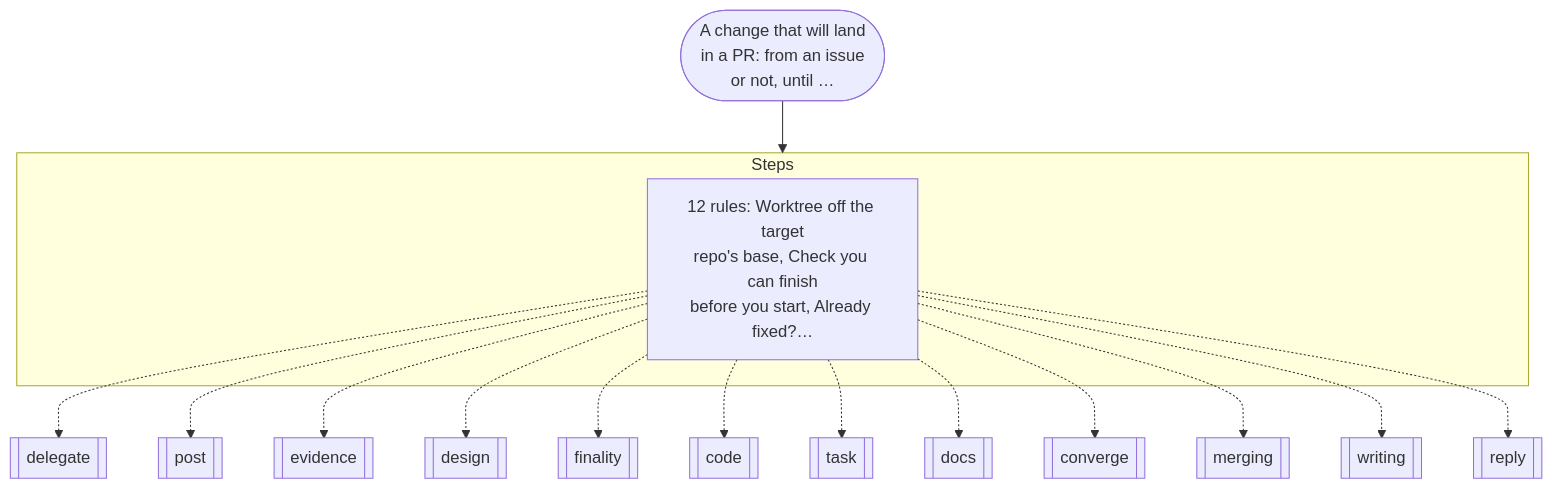
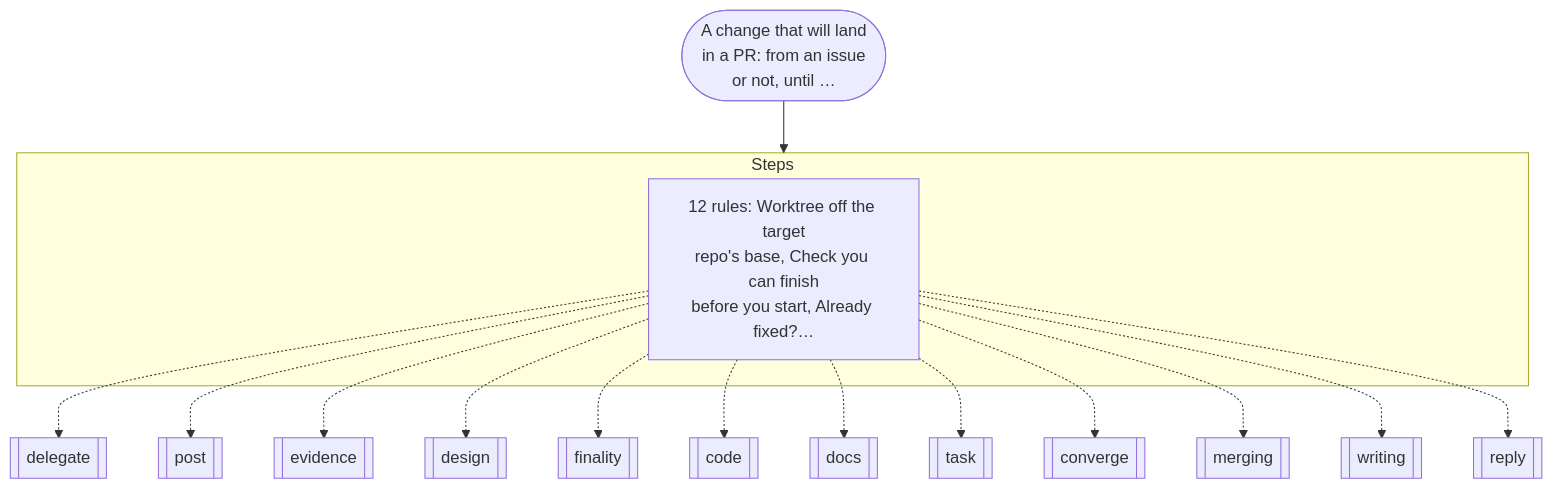
Before and after one commit to nitedani/mergeworthy: the second of 19 diagrams in docs/graphs.md, drawn with Mermaid. The commit also changed other lines of this file and 23 other files, not shown here.

````diff
--- a/docs/graphs.md
+++ b/docs/graphs.md
@@ -53,20 +53,20 @@
 ```mermaid
 flowchart TB
   start(["A change that will land<br/>in a PR: from an issue<br/>or not, until …"])
   subgraph g0["Steps"]
     s0["12 rules: Worktree off the target<br/>repo's base, Check you can finish<br/>before you start, Already fixed?…"]
   end
   s0 -.-> r1[["delegate"]]
   s0 -.-> r2[["post"]]
   s0 -.-> r3[["evidence"]]
   s0 -.-> r4[["design"]]
   s0 -.-> r5[["finality"]]
   s0 -.-> r6[["code"]]
-  s0 -.-> r7[["task"]]
-  s0 -.-> r8[["docs"]]
+  s0 -.-> r7[["docs"]]
+  s0 -.-> r8[["task"]]
   s0 -.-> r9[["converge"]]
   s0 -.-> r10[["merging"]]
   s0 -.-> r11[["writing"]]
   s0 -.-> r12[["reply"]]
   start --> g0
 ```
````
